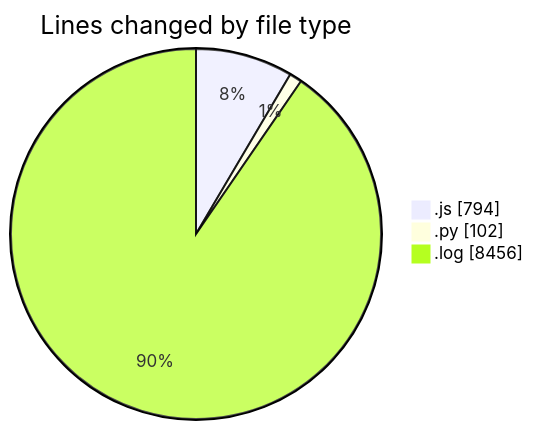
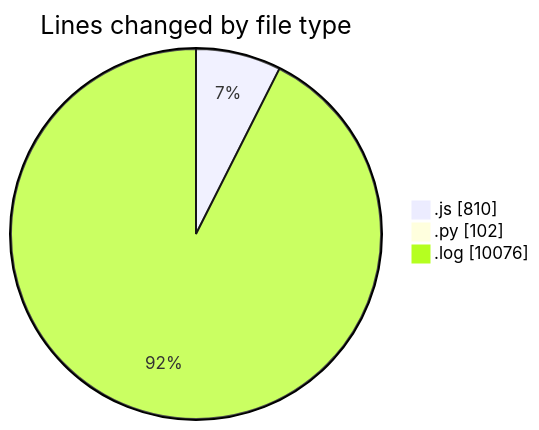
Before and after one commit to nxtqubesakshisongat/code-tracking: the first of 2 diagrams in 2025-04-14/nxtqube_webapp/README.md, drawn with Mermaid. The commit also changed other lines of this file and 1 other file, not shown here.

````diff
--- a/2025-04-14/nxtqube_webapp/README.md
+++ b/2025-04-14/nxtqube_webapp/README.md
@@ -22,7 +22,7 @@
 ```mermaid
 pie showData
 title Lines changed by file type
-".js" : 794
+".js" : 810
 ".py" : 102
-".log" : 8456
+".log" : 10076
 ```
````
